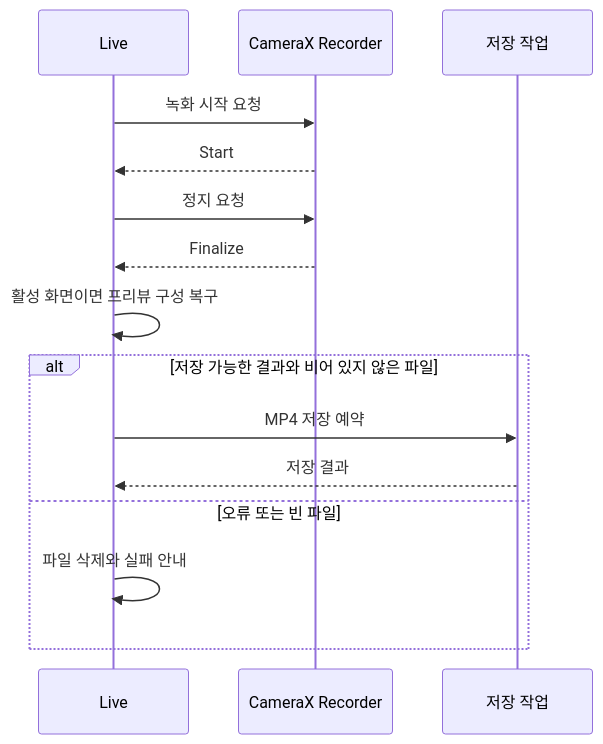
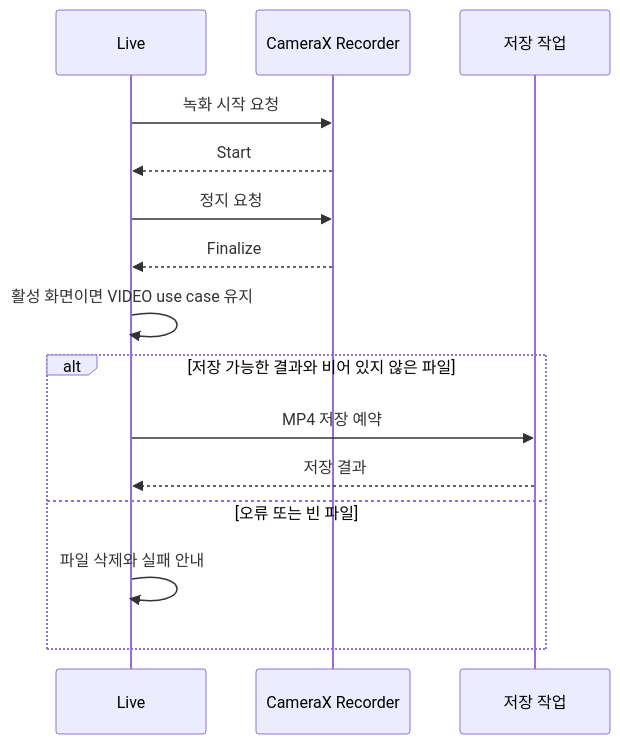
One commit to TTolsun/hal-camera changed the first of 2 diagrams in guide/_content/engine/camerax.md. Above: the diagram before and after it, drawn with Mermaid. The commit also changed other lines of this file and 72 other files, not shown here.

````diff
--- a/guide/_content/engine/camerax.md
+++ b/guide/_content/engine/camerax.md
@@ -110,17 +110,17 @@
 ```mermaid
 sequenceDiagram
     participant U as Live
     participant R as CameraX Recorder
     participant S as 저장 작업
     U->>R: 녹화 시작 요청
     R-->>U: Start
     U->>R: 정지 요청
     R-->>U: Finalize
-    U->>U: 활성 화면이면 프리뷰 구성 복구
+    U->>U: 활성 화면이면 VIDEO use case 유지
     alt 저장 가능한 결과와 비어 있지 않은 파일
         U->>S: MP4 저장 예약
         S-->>U: 저장 결과
     else 오류 또는 빈 파일
         U->>U: 파일 삭제와 실패 안내
     end
 ```
````
